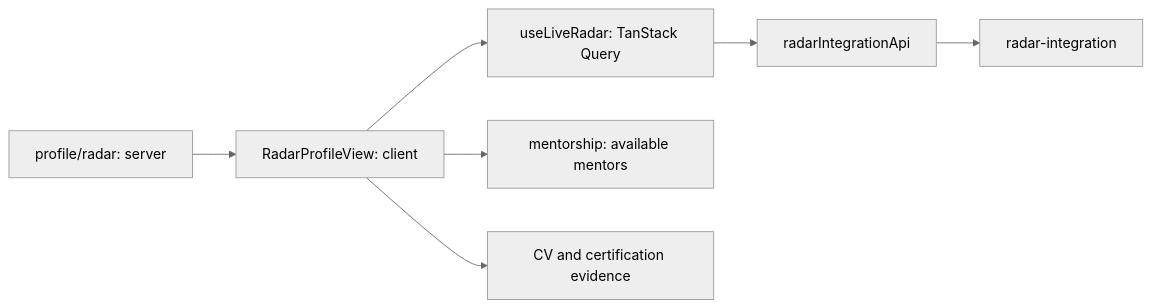
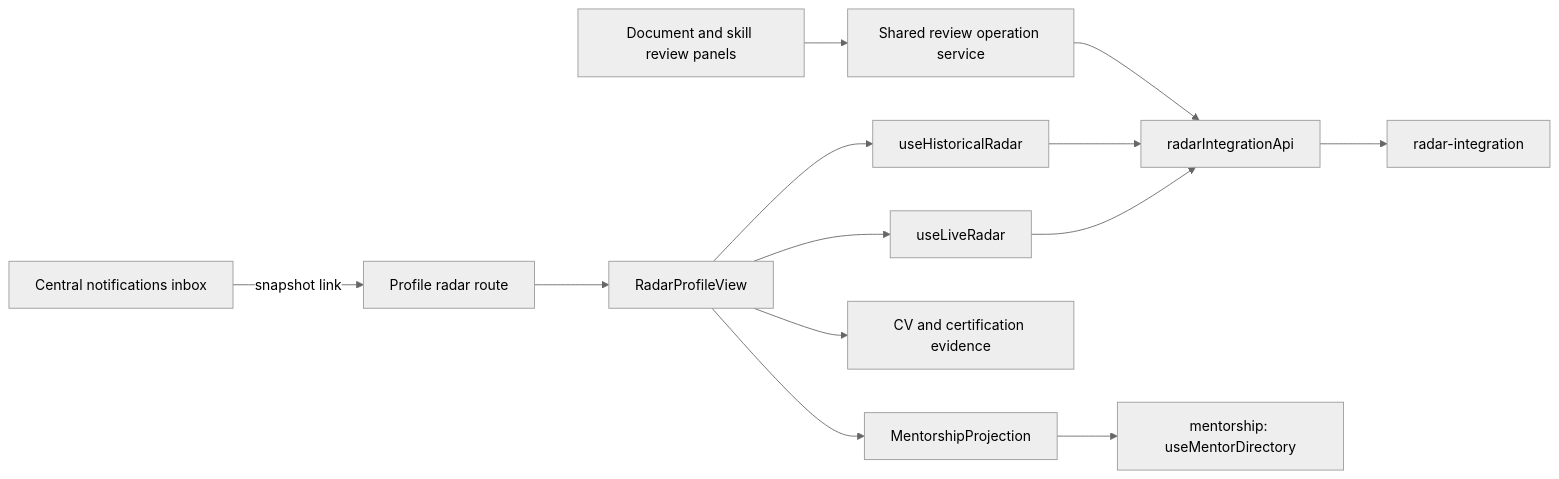
One commit to UMSSY/umssy-app changed the first of 4 diagrams in docs/radar-chart/README.md. Above: the diagram before and after it, drawn with Mermaid (neutral theme). The commit also changed other lines of this file and 4 other files, not shown here.

Commit message:
docs(radar): document delivered user flows

````diff
--- a/docs/radar-chart/README.md
+++ b/docs/radar-chart/README.md
@@ -9,9 +11,15 @@
 ```mermaid
 flowchart LR
-  Route[profile/radar: server] --> View[RadarProfileView: client]
-  View --> Query[useLiveRadar: TanStack Query]
-  Query --> Api[radarIntegrationApi]
-  Api --> Backend[radar-integration]
-  View --> Mentors[mentorship: available mentors]
+  Route[Profile radar route] --> View[RadarProfileView]
+  View --> Live[useLiveRadar]
+  View --> History[useHistoricalRadar]
+  Live --> API[radarIntegrationApi]
+  History --> API
+  API --> Backend[radar-integration]
+  View --> Projection[MentorshipProjection]
+  Projection --> Directory[mentorship: useMentorDirectory]
   View --> Evidence[CV and certification evidence]
+  Inbox[Central notifications inbox] -->|snapshot link| Route
+  Review[Document and skill review panels] --> Recovery[Shared review operation service]
+  Recovery --> API
 ```
````
